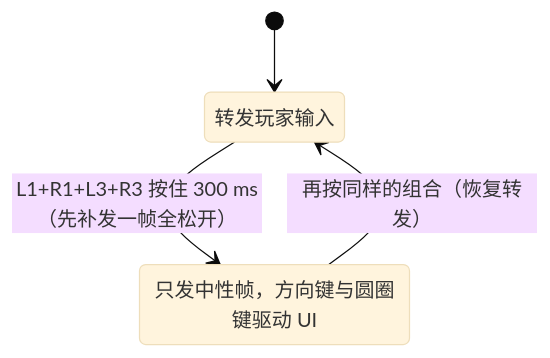
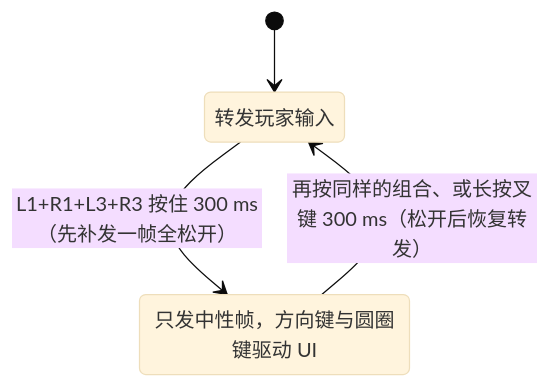
One commit to slime7/remapad changed the seventh of 9 diagrams in docs/ABSTRACTIONS.md. Above: the diagram before and after it, drawn with Mermaid (base theme). The commit also changed other lines of this file and 8 other files, not shown here.

````diff
--- a/docs/ABSTRACTIONS.md
+++ b/docs/ABSTRACTIONS.md
@@ -444,8 +446,8 @@
 ```mermaid
 stateDiagram-v2
     [*] --> Forward
     Forward: 转发玩家输入
     Captured: 只发中性帧，方向键与圆圈键驱动 UI
     Forward --> Captured: L1+R1+L3+R3 按住 300 ms（先补发一帧全松开）
-    Captured --> Forward: 再按同样的组合（恢复转发）
+    Captured --> Forward: 再按同样的组合、或长按叉键 300 ms（松开后恢复转发）
 ```
````
